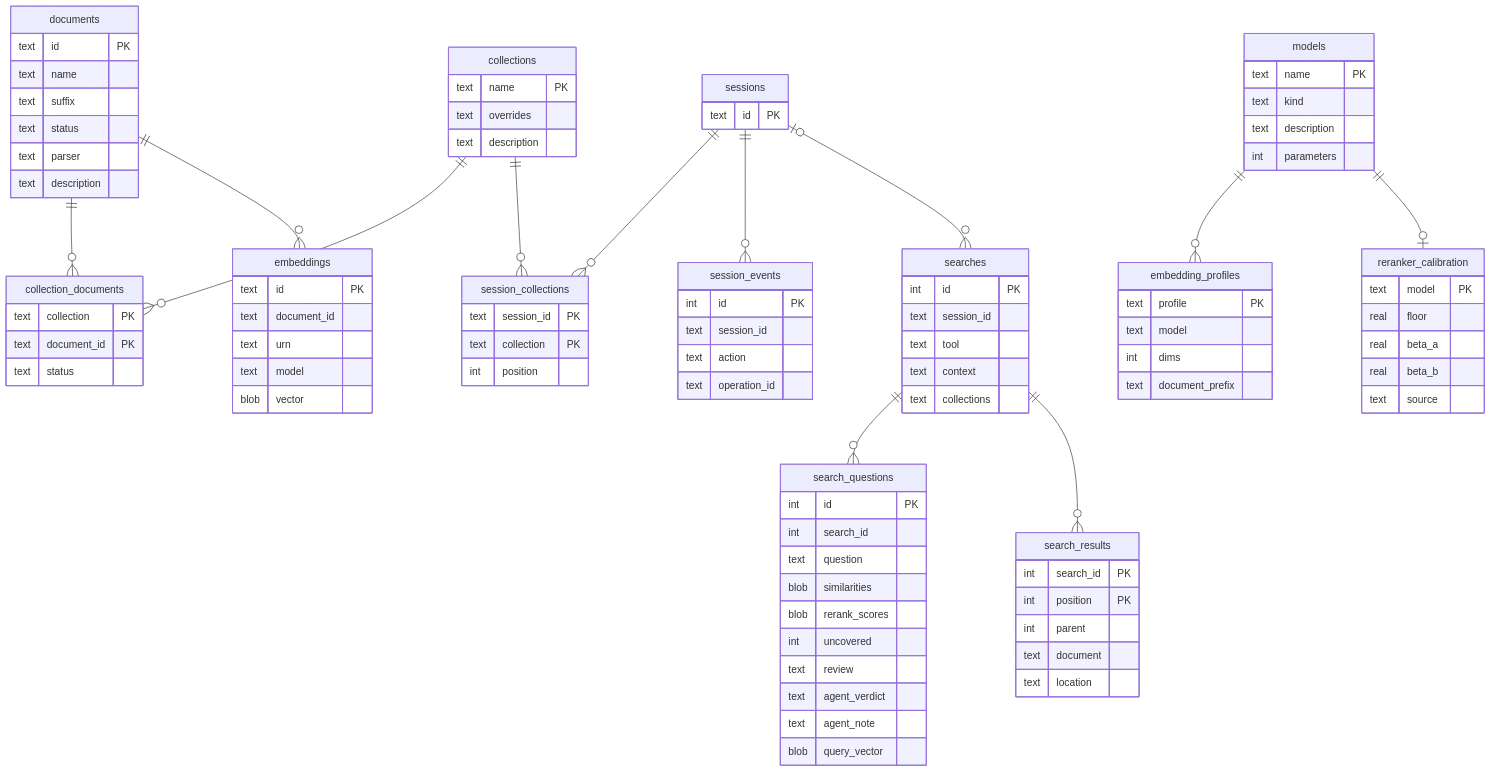
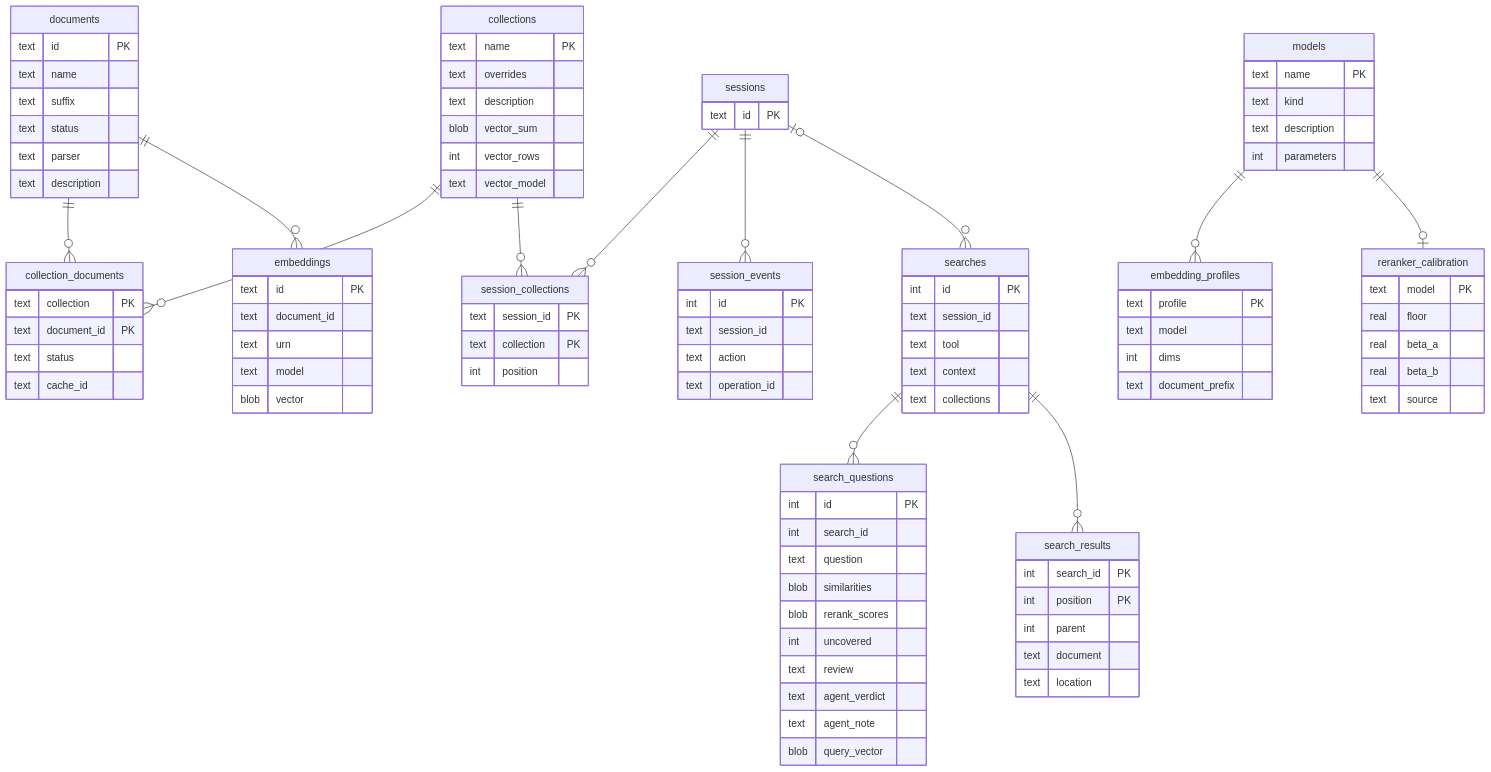
One commit to haskian/haskie changed the diagram in docs/storage.md. Above: the diagram before and after it, drawn with Mermaid. The commit also changed other lines of this file and 124 other files, not shown here.

```diff
--- a/docs/storage.md
+++ b/docs/storage.md
@@ -56,11 +57,15 @@
         text name PK
         text overrides
         text description
+        blob vector_sum
+        int vector_rows
+        text vector_model
     }
     collection_documents {
         text collection PK
         text document_id PK
         text status
+        text cache_id
     }
     embeddings {
         text id PK
```
